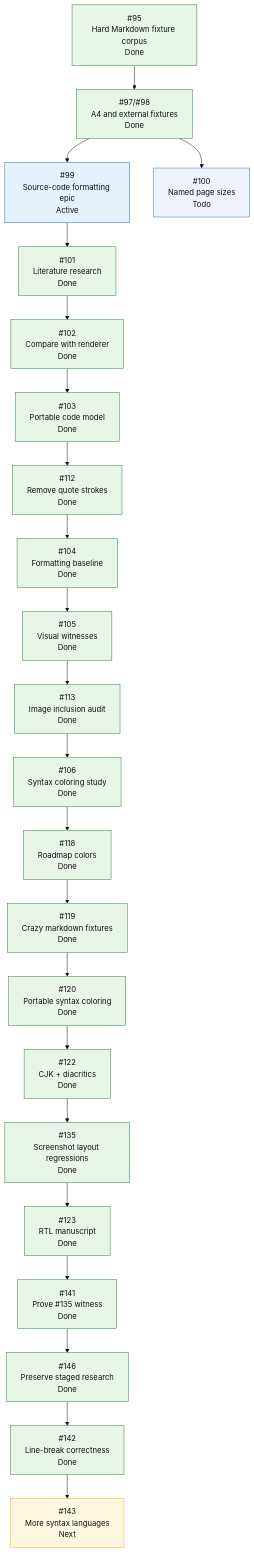
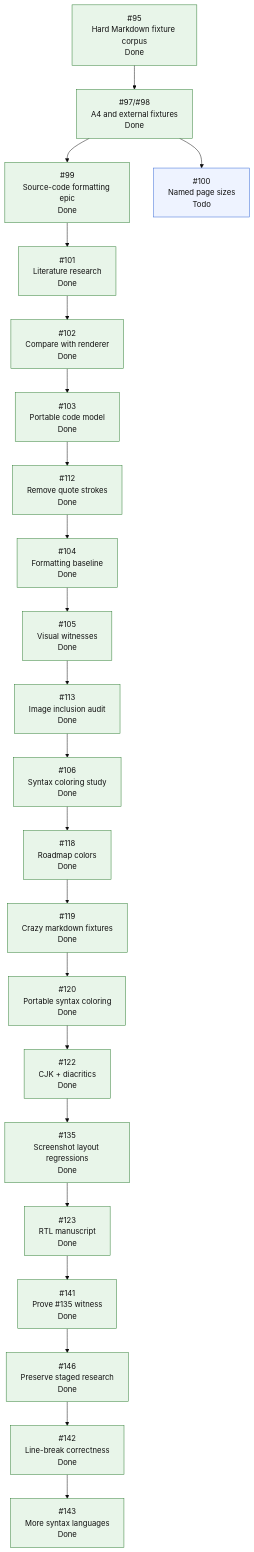
Before and after one commit to mihaelamj/MarkdownPDF: the fifth of 5 diagrams in README.md, drawn with Mermaid (base theme). The commit also changed other lines of this file and 6 other files, not shown here.

First line of the commit message:
feat(syntax): expand source language coverage (#149)

````diff
--- a/README.md
+++ b/README.md
@@ -458,42 +460,41 @@
 ```mermaid
 flowchart TD
     H0["#95<br/>Hard Markdown fixture corpus<br/>Done"]
     H1["#97/#98<br/>A4 and external fixtures<br/>Done"]
-    H2["#99<br/>Source-code formatting epic<br/>Active"]
+    H2["#99<br/>Source-code formatting epic<br/>Done"]
     H2A["#101<br/>Literature research<br/>Done"]
     H2B["#102<br/>Compare with renderer<br/>Done"]
     H2C["#103<br/>Portable code model<br/>Done"]
     H2D["#112<br/>Remove quote strokes<br/>Done"]
     H2E["#104<br/>Formatting baseline<br/>Done"]
     H2F["#105<br/>Visual witnesses<br/>Done"]
     H2G["#113<br/>Image inclusion audit<br/>Done"]
     H2H["#106<br/>Syntax coloring study<br/>Done"]
     H2I["#118<br/>Roadmap colors<br/>Done"]
     H2J["#119<br/>Crazy markdown fixtures<br/>Done"]
     H2K["#120<br/>Portable syntax coloring<br/>Done"]
     H2L["#122<br/>CJK + diacritics<br/>Done"]
     H2M["#135<br/>Screenshot layout regressions<br/>Done"]
     H2N["#123<br/>RTL manuscript<br/>Done"]
     H2O["#141<br/>Prove #135 witness<br/>Done"]
     H2R["#146<br/>Preserve staged research<br/>Done"]
     H2P["#142<br/>Line-break correctness<br/>Done"]
-    H2Q["#143<br/>More syntax languages<br/>Next"]
+    H2Q["#143<br/>More syntax languages<br/>Done"]
     H3["#100<br/>Named page sizes<br/>Todo"]
 
     H0 --> H1
     H1 --> H2
     H2 --> H2A --> H2B --> H2C --> H2D --> H2E --> H2F --> H2G --> H2H --> H2I --> H2J --> H2K --> H2L --> H2M --> H2N --> H2O --> H2R --> H2P --> H2Q
     H1 --> H3
 
     classDef done fill:#e8f5e9,stroke:#2e7d32,color:#111;
     classDef active fill:#e3f2fd,stroke:#1565c0,color:#111;
     classDef review fill:#f3e5f5,stroke:#7b1fa2,color:#111;
     classDef next fill:#fff8e1,stroke:#f9a825,color:#111;
     classDef todo fill:#eef3ff,stroke:#3367d6,color:#111;
-    class H0,H1 done;
-    class H2 active;
+    class H0,H1,H2 done;
     class H2A,H2B,H2C,H2D,H2E,H2F,H2G,H2H,H2I,H2J,H2K,H2L,H2M,H2N,H2O done;
     class H2P,H2R done;
-    class H2Q next;
+    class H2Q done;
     class H3 todo;
 ```
````
